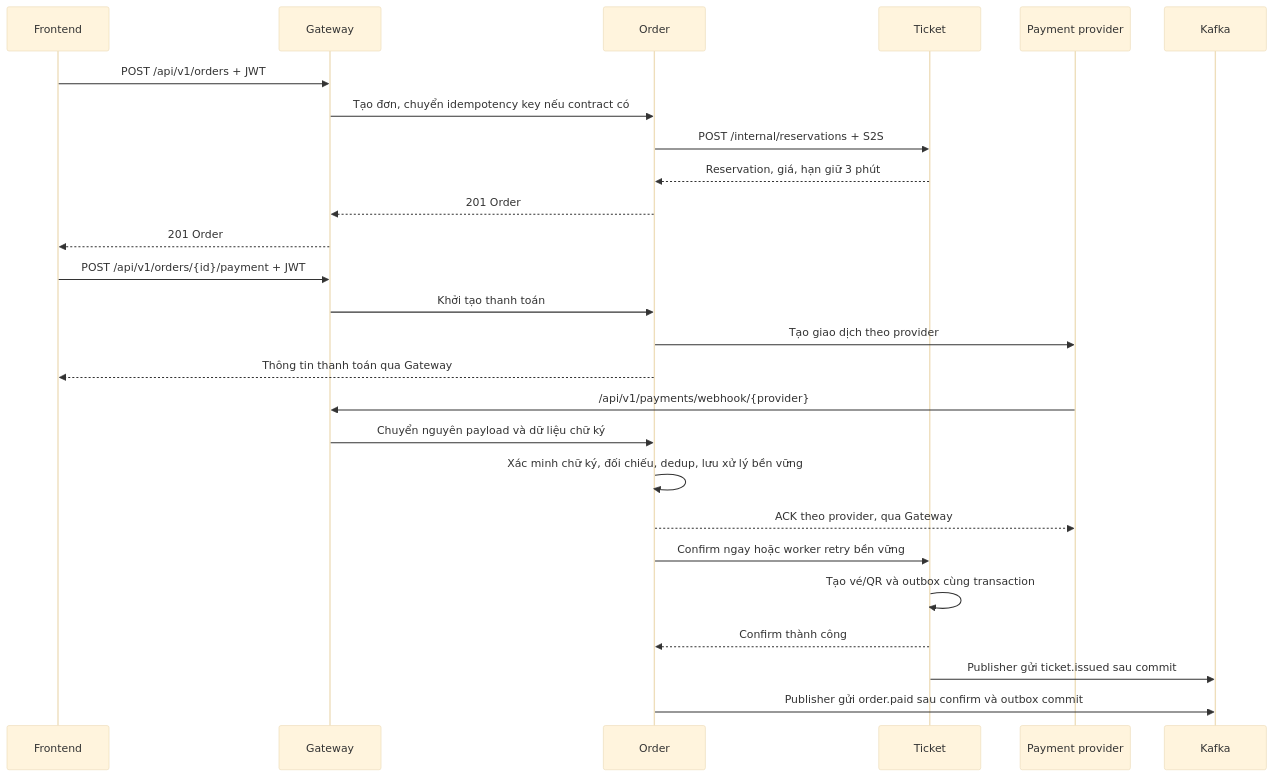
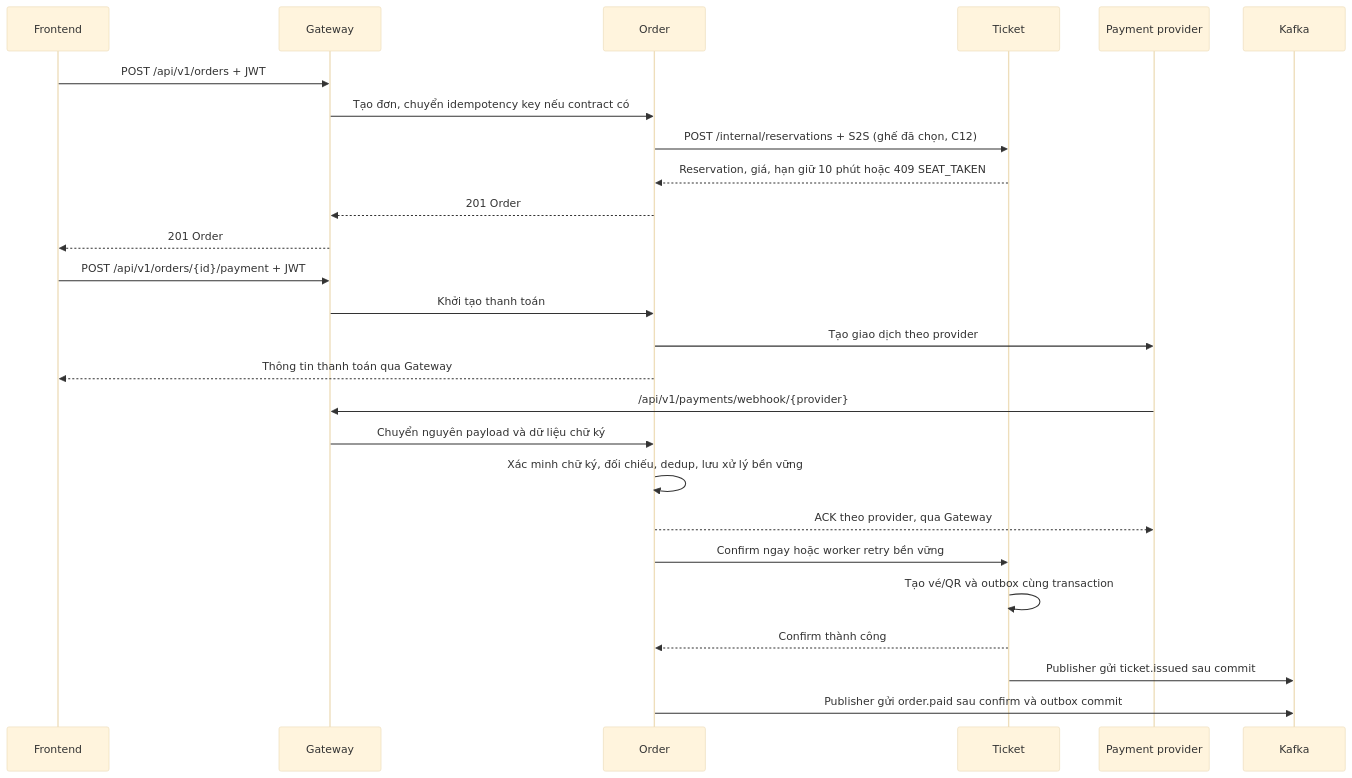
Before and after one commit to duymk123/EventHub: the fourth of 5 diagrams in docs/architecture/api-gateway.md, drawn with Mermaid (base theme). The commit also changed other lines of this file and 135 other files, not shown here.

````diff
--- a/docs/architecture/api-gateway.md
+++ b/docs/architecture/api-gateway.md
@@ -131,28 +131,28 @@
 ```mermaid
 sequenceDiagram
     participant F as Frontend
     participant G as Gateway
     participant O as Order
     participant T as Ticket
     participant P as Payment provider
     participant K as Kafka
     F->>G: POST /api/v1/orders + JWT
     G->>O: Tạo đơn, chuyển idempotency key nếu contract có
-    O->>T: POST /internal/reservations + S2S
-    T-->>O: Reservation, giá, hạn giữ 3 phút
+    O->>T: POST /internal/reservations + S2S (ghế đã chọn, C12)
+    T-->>O: Reservation, giá, hạn giữ 10 phút hoặc 409 SEAT_TAKEN
     O-->>G: 201 Order
     G-->>F: 201 Order
     F->>G: POST /api/v1/orders/{id}/payment + JWT
     G->>O: Khởi tạo thanh toán
     O->>P: Tạo giao dịch theo provider
     O-->>F: Thông tin thanh toán qua Gateway
     P->>G: /api/v1/payments/webhook/{provider}
     G->>O: Chuyển nguyên payload và dữ liệu chữ ký
     O->>O: Xác minh chữ ký, đối chiếu, dedup, lưu xử lý bền vững
     O-->>P: ACK theo provider, qua Gateway
     O->>T: Confirm ngay hoặc worker retry bền vững
     T->>T: Tạo vé/QR và outbox cùng transaction
     T-->>O: Confirm thành công
     T->>K: Publisher gửi ticket.issued sau commit
     O->>K: Publisher gửi order.paid sau confirm và outbox commit
 ```
````
